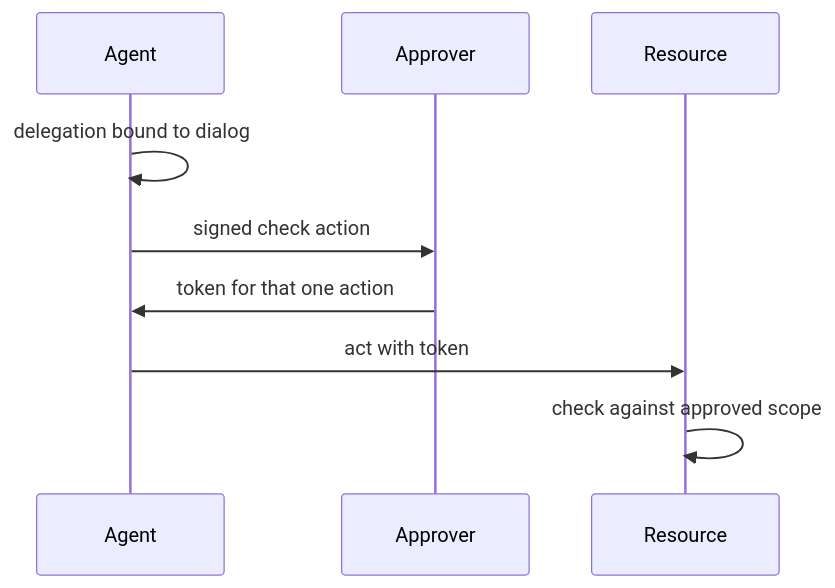
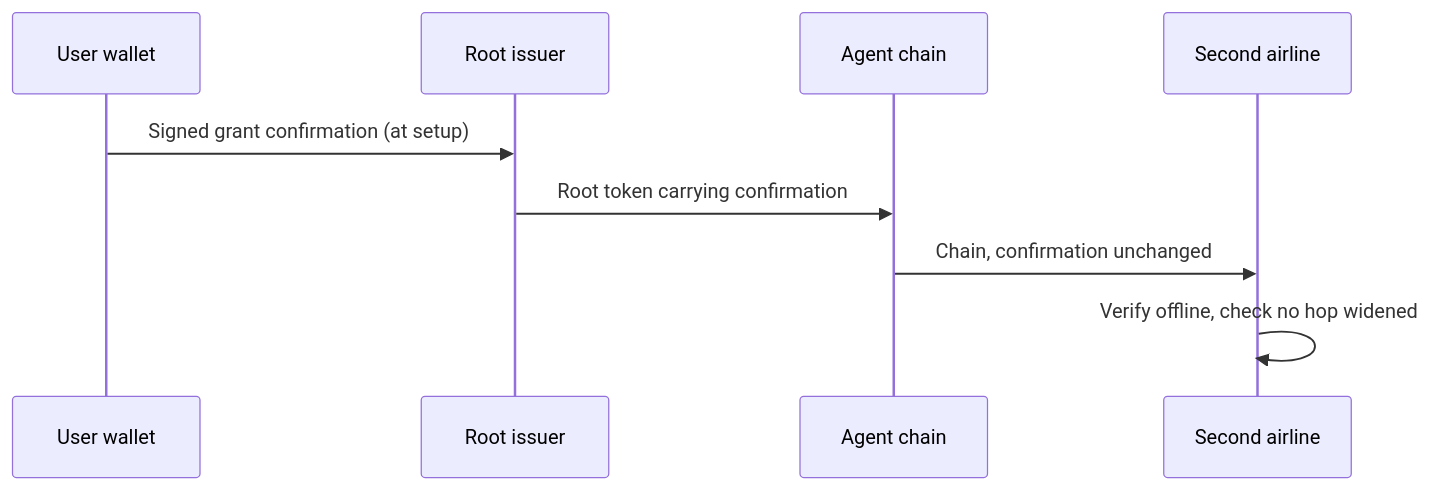
One commit to 0-draft/identity-deep-dive changed the third of 3 diagrams in tracks/ietf-wimse/reports/daily/2026-11-17.md. Above: the diagram before and after it, drawn with Mermaid. The commit also changed other lines of this file and 9 other files, not shown here.

````diff
--- a/tracks/ietf-wimse/reports/daily/2026-11-17.md
+++ b/tracks/ietf-wimse/reports/daily/2026-11-17.md
@@ -155,11 +105,11 @@
 ```mermaid
 sequenceDiagram
- participant A as Agent
- participant P as Approver
- participant R as Resource
- A->>A: delegation bound to dialog
- A->>P: signed check action
- P->>A: token for that one action
- A->>R: act with token
- R->>R: check against approved scope
+ participant U as User wallet
+ participant AS as Root issuer
+ participant A as Agent chain
+ participant R as Second airline
+ U->>AS: Signed grant confirmation (at setup)
+ AS->>A: Root token carrying confirmation
+ A->>R: Chain, confirmation unchanged
+ R->>R: Verify offline, check no hop widened
 ```
````
